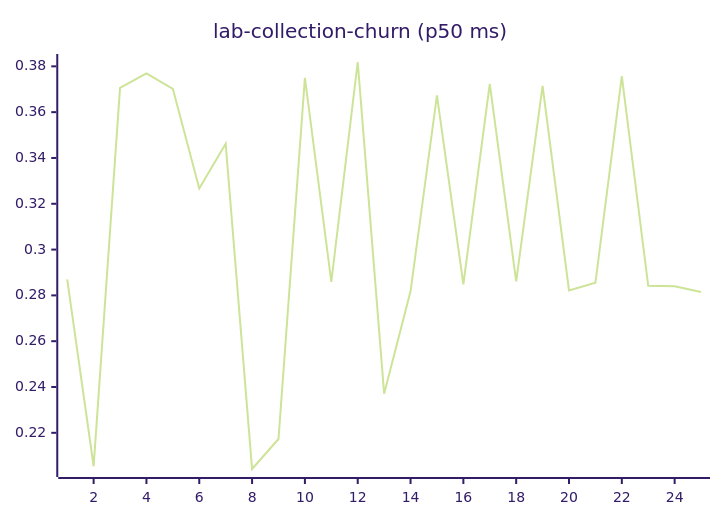
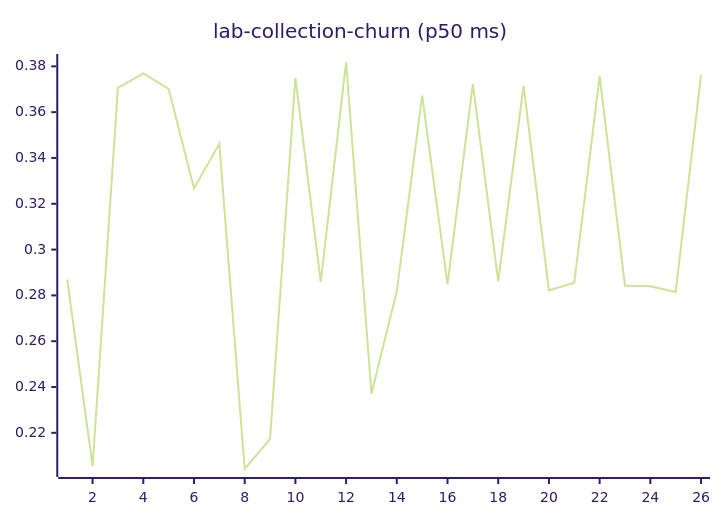
Before and after one commit to josha/Facet: diagram 11 of 27 in README.md, drawn with Mermaid (forest theme). The commit also changed other lines of this file and 2 other files, not shown here.

````diff
--- a/README.md
+++ b/README.md
@@ -133,6 +133,6 @@
 ```mermaid
 xychart-beta
     title "lab-collection-churn (p50 ms)"
-    x-axis 1 --> 25
-    line [0.2870, 0.2054, 0.3706, 0.3769, 0.3702, 0.3267, 0.3462, 0.2042, 0.2173, 0.3750, 0.2859, 0.3819, 0.2371, 0.2818, 0.3673, 0.2848, 0.3724, 0.2861, 0.3715, 0.2822, 0.2855, 0.3757, 0.2842, 0.2840, 0.2815]
+    x-axis 1 --> 26
+    line [0.2870, 0.2054, 0.3706, 0.3769, 0.3702, 0.3267, 0.3462, 0.2042, 0.2173, 0.3750, 0.2859, 0.3819, 0.2371, 0.2818, 0.3673, 0.2848, 0.3724, 0.2861, 0.3715, 0.2822, 0.2855, 0.3757, 0.2842, 0.2840, 0.2815, 0.3763]
 ```
````
